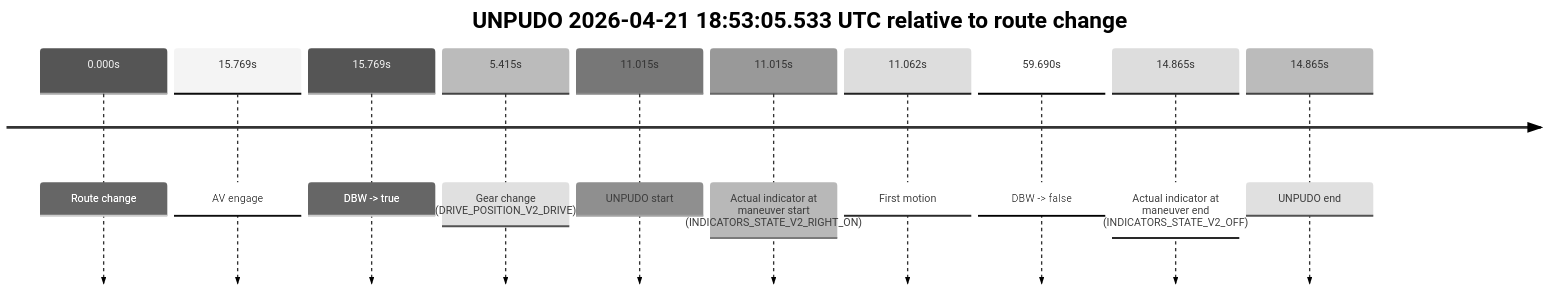
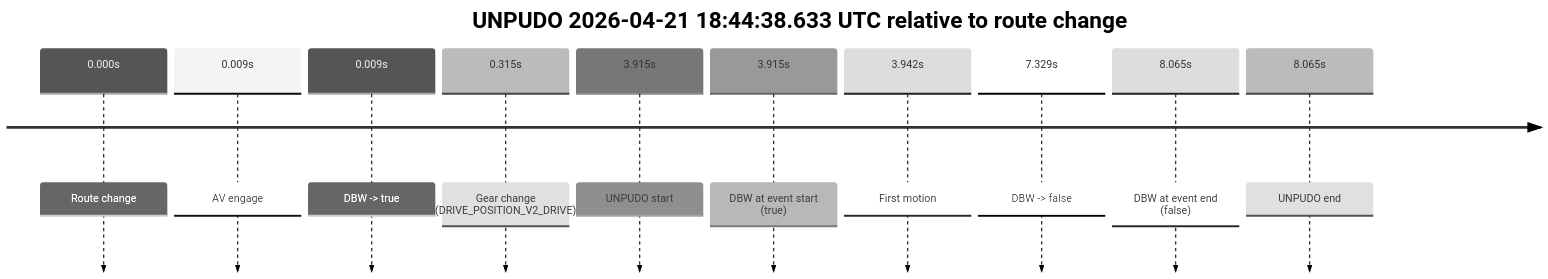
The second of 7 diagrams in model_analysis/report_cards/2026/04/Week-4/fme20032--2026-04-21--18-23-00--gen2-av-5253201b-b649-42e7-aa5e-a64306a66558.md (yoelshapiro/vault), drawn with Mermaid (neutral theme) before and after one commit. The commit also changed other lines of this file, not shown here.

````diff
--- a/model_analysis/report_cards/2026/04/Week-4/fme20032--2026-04-21--18-23-00--gen2-av-5253201b-b649-42e7-aa5e-a64306a66558.md
+++ b/model_analysis/report_cards/2026/04/Week-4/fme20032--2026-04-21--18-23-00--gen2-av-5253201b-b649-42e7-aa5e-a64306a66558.md
@@ -129,14 +136,14 @@
 ```mermaid
 timeline
-    title UNPUDO 2026-04-21 18:53:05.533 UTC relative to route change
+    title UNPUDO 2026-04-21 18:44:38.633 UTC relative to route change
     0.000s : Route change
-    15.769s : AV engage
-    15.769s : DBW -> true
-    5.415s : Gear change (DRIVE_POSITION_V2_DRIVE)
-    11.015s : UNPUDO start
-    11.015s : Actual indicator at maneuver start (INDICATORS_STATE_V2_RIGHT_ON)
-    11.062s : First motion
-    59.690s : DBW -> false
-    14.865s : Actual indicator at maneuver end (INDICATORS_STATE_V2_OFF)
-    14.865s : UNPUDO end
+    0.009s : AV engage
+    0.009s : DBW -> true
+    0.315s : Gear change (DRIVE_POSITION_V2_DRIVE)
+    3.915s : UNPUDO start
+    3.915s : DBW at event start (true)
+    3.942s : First motion
+    7.329s : DBW -> false
+    8.065s : DBW at event end (false)
+    8.065s : UNPUDO end
 ```
````
